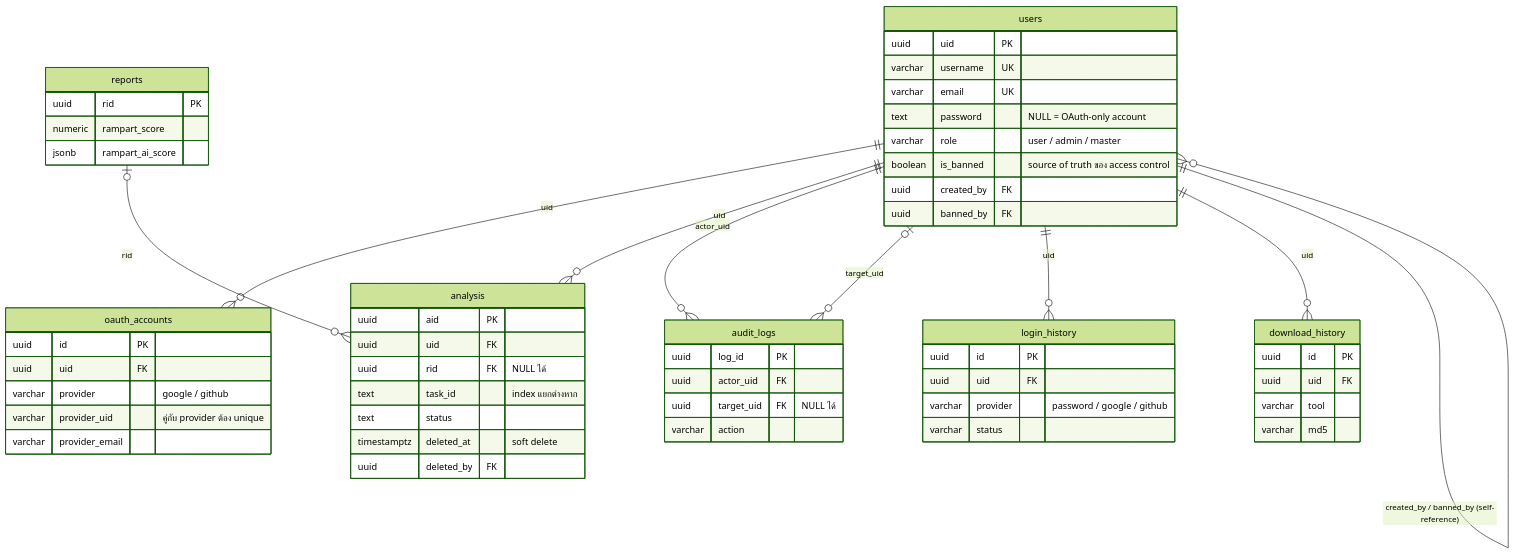
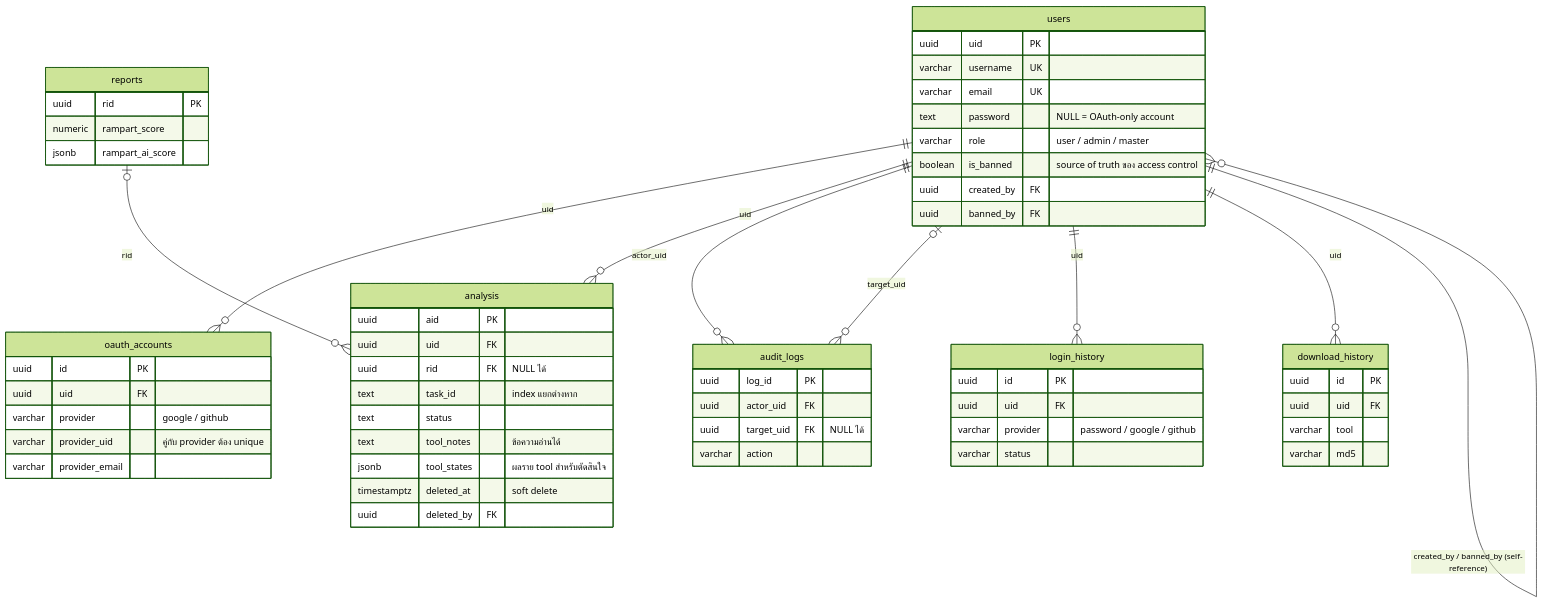
Before and after one commit to RAMPART-Malware-Testing/RAMPART-API-SERVERv1: the diagram in docs/sql-arshitackture.md, drawn with Mermaid (forest theme). The commit also changed other lines of this file and 22 other files, not shown here.

````diff
--- a/docs/sql-arshitackture.md
+++ b/docs/sql-arshitackture.md
@@ -19,61 +23,63 @@
 ```mermaid
 erDiagram
     users {
         uuid uid PK
         varchar username UK
         varchar email UK
         text password "NULL = OAuth-only account"
         varchar role "user / admin / master"
         boolean is_banned "source of truth ของ access control"
         uuid created_by FK
         uuid banned_by FK
     }
     oauth_accounts {
         uuid id PK
         uuid uid FK
         varchar provider "google / github"
         varchar provider_uid "คู่กับ provider ต้อง unique"
         varchar provider_email
     }
     analysis {
         uuid aid PK
         uuid uid FK
         uuid rid FK "NULL ได้"
         text task_id "index แยกต่างหาก"
         text status
+        text tool_notes "ข้อความอ่านได้"
+        jsonb tool_states "ผลราย tool สำหรับตัดสินใจ"
         timestamptz deleted_at "soft delete"
         uuid deleted_by FK
     }
     reports {
         uuid rid PK
         numeric rampart_score
         jsonb rampart_ai_score
     }
     audit_logs {
         uuid log_id PK
         uuid actor_uid FK
         uuid target_uid FK "NULL ได้"
         varchar action
     }
     login_history {
         uuid id PK
         uuid uid FK
         varchar provider "password / google / github"
         varchar status
     }
     download_history {
         uuid id PK
         uuid uid FK
         varchar tool
         varchar md5
     }
 
     users ||--o{ oauth_accounts : "uid"
     users ||--o{ analysis : "uid"
     reports |o--o{ analysis : "rid"
     users ||--o{ audit_logs : "actor_uid"
     users |o--o{ audit_logs : "target_uid"
     users ||--o{ login_history : "uid"
     users ||--o{ download_history : "uid"
     users ||--o{ users : "created_by / banned_by (self-reference)"
 ```
````
